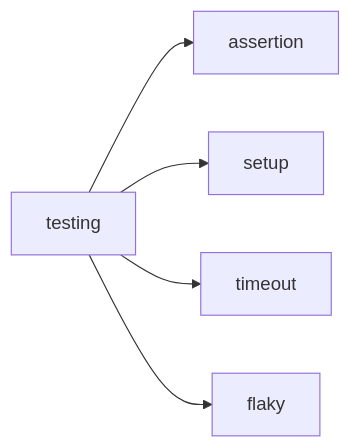
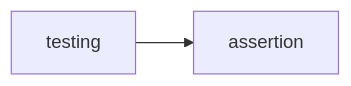
One commit to meaganewaller/weekly-reviews changed the ninth of 11 diagrams in friction-taxonomy.md. Above: the diagram before and after it, drawn with Mermaid. The commit also changed other lines of this file and 2 other files, not shown here.

```diff
--- a/friction-taxonomy.md
+++ b/friction-taxonomy.md
@@ -195,7 +213,4 @@
 {% mermaid %}
 flowchart LR
     A[testing] --> B[assertion]
-    A --> C[setup]
-    A --> D[timeout]
-    A --> E[flaky]
 {% endmermaid %}
```
